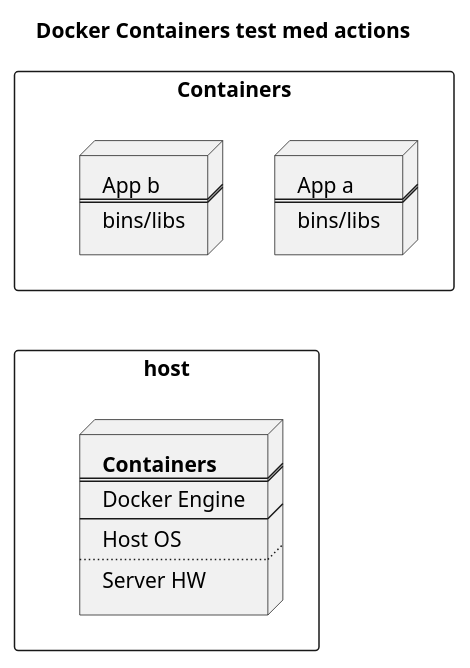
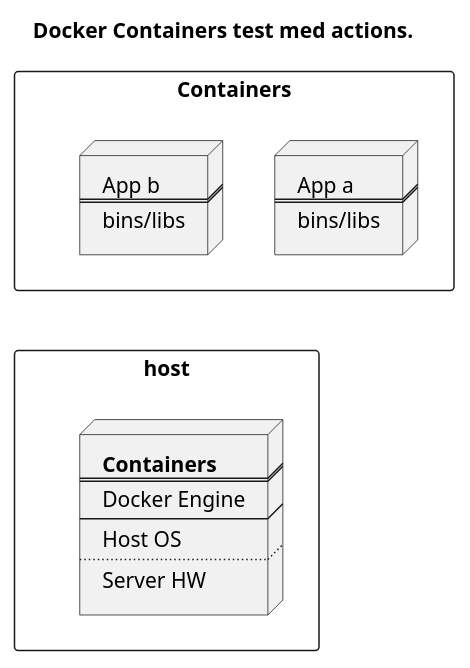
The diagram in docs/test.puml (danskernesdigitalebibliotek/plantuml), drawn with PlantUML before and after one commit.

```diff
--- a/docs/test.puml
+++ b/docs/test.puml
@@ -1,33 +1,33 @@
 @startuml
-Title Docker Containers test med actions
+Title Docker Containers test med actions.
 
 rectangle Containers {
     node mynodea [
         App a
         ====
         bins/libs
     ]
 
     node mynodeb [
         App b
         ====
         bins/libs
     ]
 }
 
 rectangle host {
 
     node mynodec [
         <b>Containers</b>
         ====
         Docker Engine
         ----
         Host OS
         ....
         Server HW
     ]
 }
 
 Containers -[hidden]- host
 
 @endtuml
```
